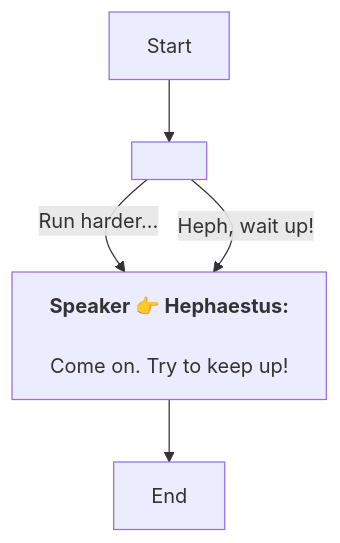
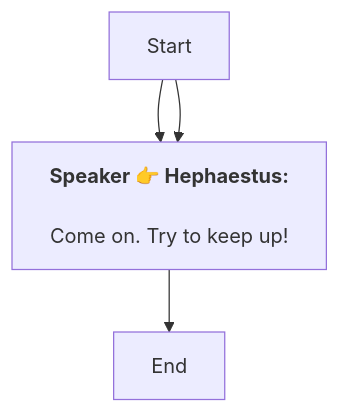
One commit to SoftHu/tos_avg changed the diagram in En/QuestStartTalkENode_1772328693784729.md. Above: the diagram before and after it, drawn with Mermaid. The commit also changed 737 other files, not shown here.

````diff
--- a/En/QuestStartTalkENode_1772328693784729.md
+++ b/En/QuestStartTalkENode_1772328693784729.md
@@ -1,14 +1,11 @@
 ```mermaid
 graph
-Start -->1772329689769156[ ]
-1772329689769156 -->|Run harder…|1772329689770182[<b>Speaker 👉 Hephaestus:</b>
-
-Come on. Try to keep up!
+Start -->1772329689770182[<b>Speaker 👉 Hephaestus:</b>
+\nCome on. Try to keep up!
 ]
-1772329689769156 -->|Heph, wait up!|1772329689770182[<b>Speaker 👉 Hephaestus:</b>
-
-Come on. Try to keep up!
+Start -->1772329689770182[<b>Speaker 👉 Hephaestus:</b>
+\nCome on. Try to keep up!
 ]
 1772329689770182 -->1772329689770183[End]
 
- ```
+```
````
